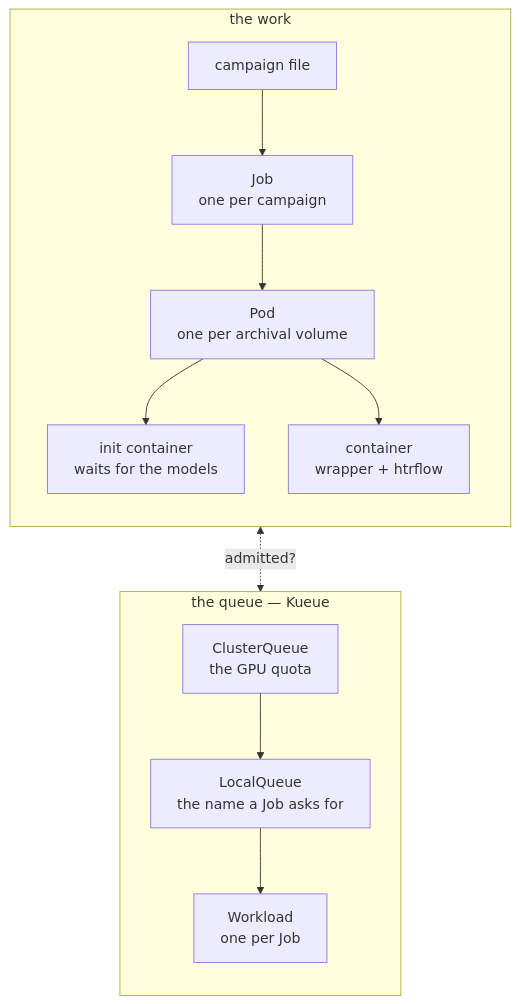
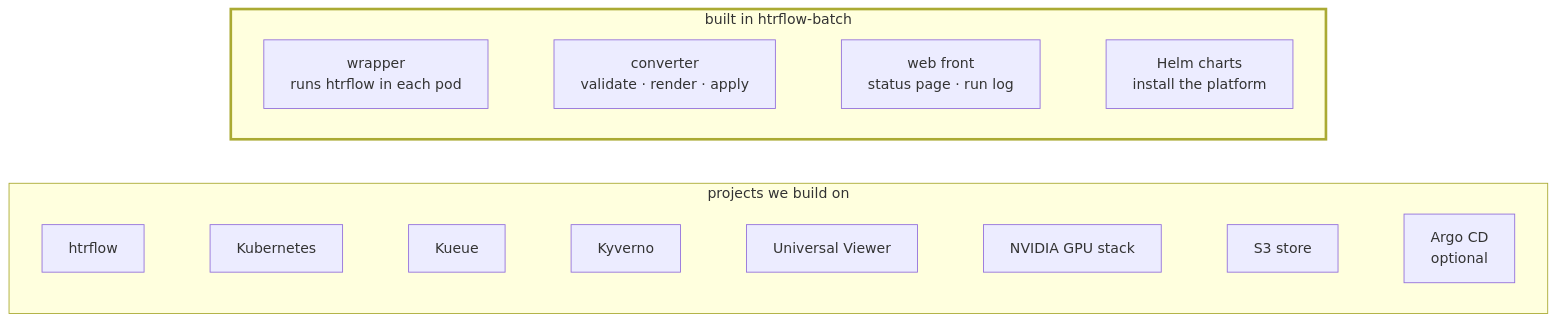
Before and after one commit to AI-Riksarkivet/htrflow-batch: the diagram in docs/slides/assets/part-1-from-one-folder-to-the-archive-2.mmd, drawn with Mermaid. The commit also changed 26 other files, not shown here.

First line of the commit message:
docs(slides): what it is made of comes earlier and separates ours from what we build on

```diff
--- a/docs/slides/assets/part-1-from-one-folder-to-the-archive-2.mmd
+++ b/docs/slides/assets/part-1-from-one-folder-to-the-archive-2.mmd
@@ -1,14 +1,9 @@
 flowchart TB
-  subgraph WORK["the work"]
-    direction TB
-    CF["campaign file"] --> JOB["Job<br/>one per campaign"]
-    JOB --> POD["Pod<br/>one per archival volume"]
-    POD --> INIT["init container<br/>waits for the models"]
-    POD --> CON["container<br/>wrapper + htrflow"]
+  subgraph OURS["built in htrflow-batch"]
+    WR["wrapper<br/>runs htrflow in each pod"] ~~~ CO["converter<br/>validate · render · apply"] ~~~ WEB["web front<br/>status page · run log"] ~~~ CH["Helm charts<br/>install the platform"]
   end
-  subgraph QUEUE["the queue — Kueue"]
-    direction TB
-    CQ["ClusterQueue<br/>the GPU quota"] --> LQ["LocalQueue<br/>the name a Job asks for"]
-    LQ --> WL["Workload<br/>one per Job"]
+  subgraph EXT["projects we build on"]
+    HTR["htrflow"] ~~~ K8S["Kubernetes"] ~~~ KUE["Kueue"] ~~~ KYV["Kyverno"] ~~~ UV["Universal Viewer"] ~~~ GPU["NVIDIA GPU stack"] ~~~ S3["S3 store"] ~~~ ARGO["Argo CD<br/>optional"]
   end
-  JOB <-. "admitted?" .-> WL
+  OURS ~~~ EXT
+  style OURS stroke-width:3px
```
